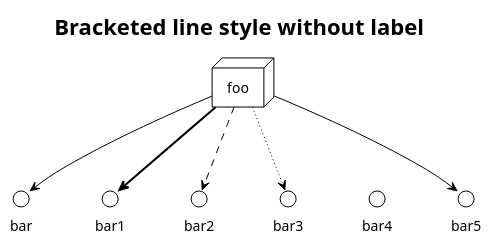
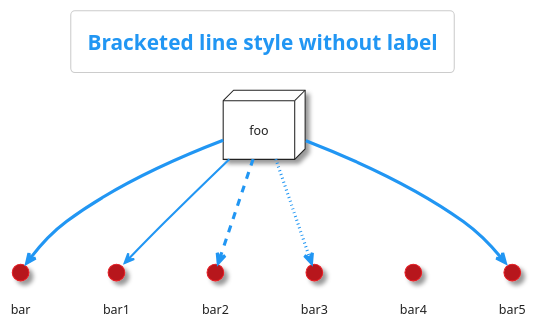
One commit to adautomendes/plantUmlAutomation changed the diagram in diagrams/deploymentDiagram.puml. Above: the diagram before and after it, drawn with PlantUML. The commit also changed 5 other files, not shown here.

Commit message:
Update diagrams theme

```diff
--- a/diagrams/deploymentDiagram.puml
+++ b/diagrams/deploymentDiagram.puml
@@ -1,12 +1,12 @@
 @startuml
-!theme plain
+!theme materia
 
 node foo
 title Bracketed line style without label
 foo --> bar
 foo -[bold]-> bar1
 foo -[dashed]-> bar2
 foo -[dotted]-> bar3
 foo -[hidden]-> bar4
 foo -[plain]-> bar5
 @enduml
```
